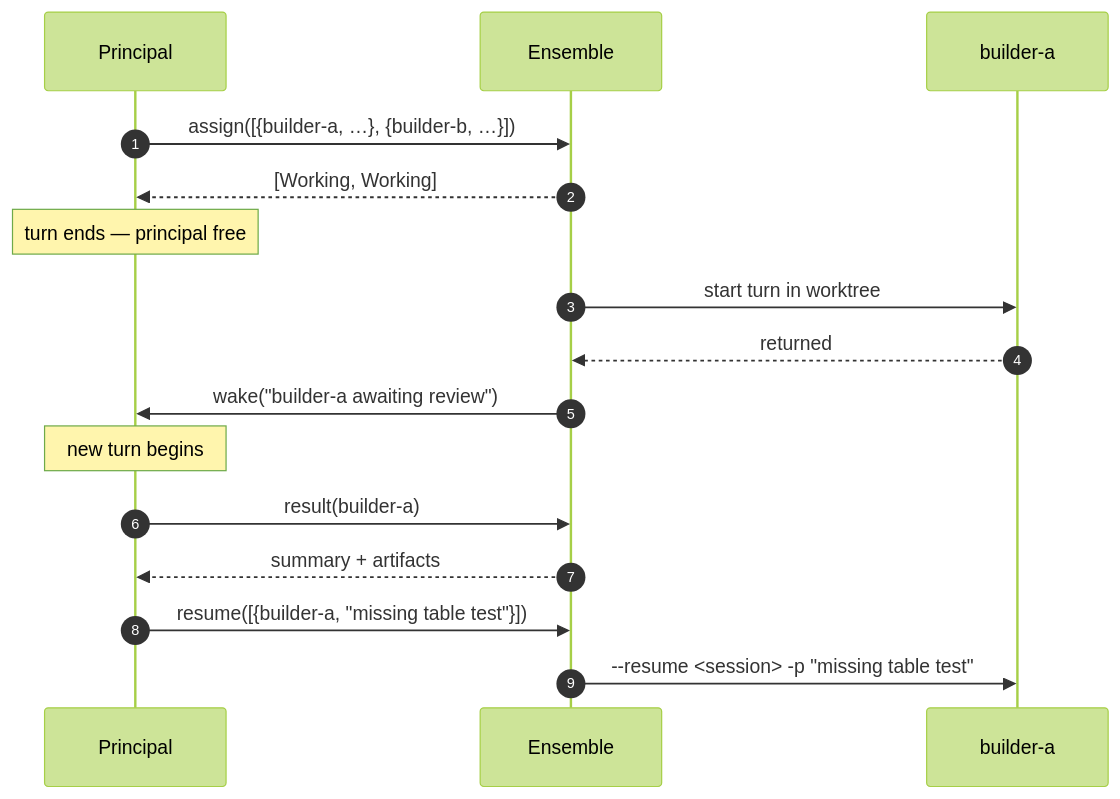
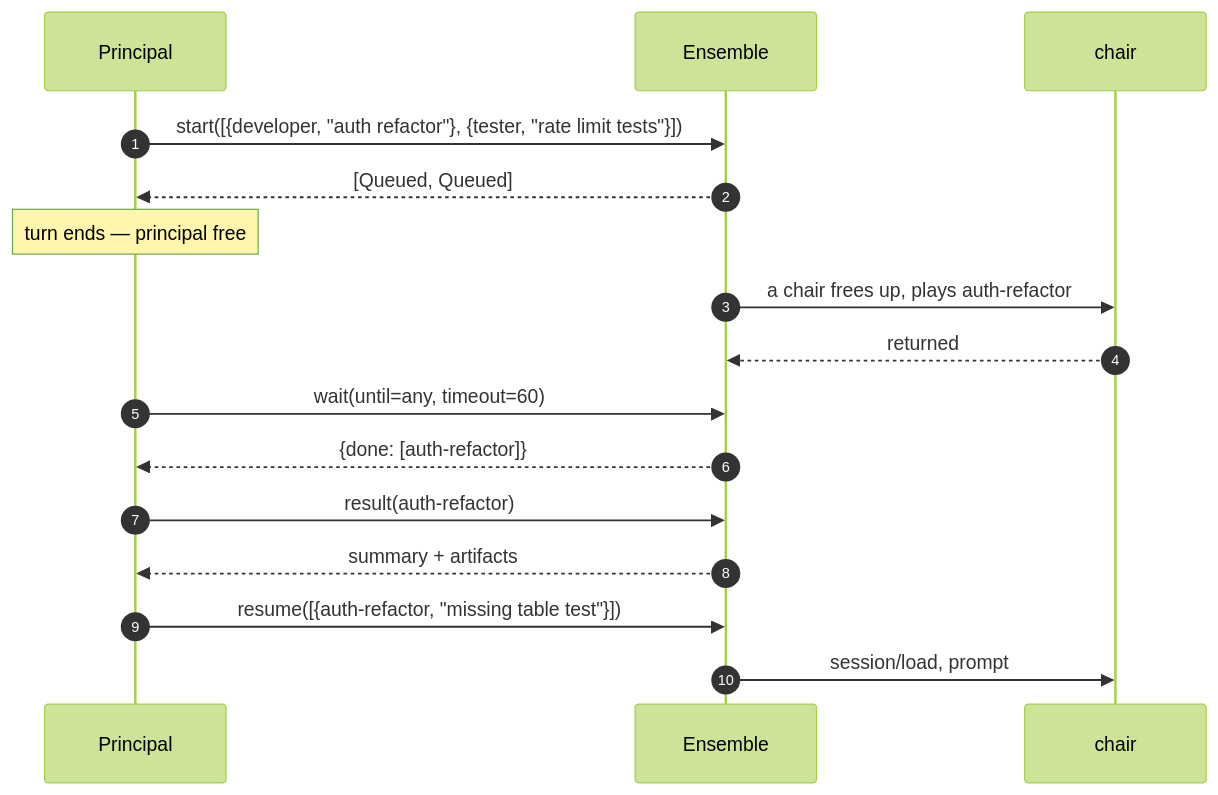
One commit to noclearreaction/symphony-maestro changed the fourth of 6 diagrams in docs/ensemble/README.md. Above: the diagram before and after it, drawn with Mermaid (forest theme). The commit also changed other lines of this file and 1 other file, not shown here.

First line of the commit message:
docs(ensemble): parts carry context, personas are configuration

````diff
--- a/docs/ensemble/README.md
+++ b/docs/ensemble/README.md
@@ -554,18 +474,18 @@
 ```mermaid
 sequenceDiagram
   autonumber
   participant O as Principal
-  participant P as Ensemble
-  participant B as builder-a
-  O->>P: assign([{builder-a, …}, {builder-b, …}])
-  P-->>O: [Working, Working]
+  participant E as Ensemble
+  participant C as chair
+  O->>E: start([{developer, "auth refactor"}, {tester, "rate limit tests"}])
+  E-->>O: [Queued, Queued]
   Note over O: turn ends — principal free
-  P->>B: start turn in worktree
-  B-->>P: returned
-  P->>O: wake("builder-a awaiting review")
-  Note over O: new turn begins
-  O->>P: result(builder-a)
-  P-->>O: summary + artifacts
-  O->>P: resume([{builder-a, "missing table test"}])
-  P->>B: --resume <session> -p "missing table test"
+  E->>C: a chair frees up, plays auth-refactor
+  C-->>E: returned
+  O->>E: wait(until=any, timeout=60)
+  E-->>O: {done: [auth-refactor]}
+  O->>E: result(auth-refactor)
+  E-->>O: summary + artifacts
+  O->>E: resume([{auth-refactor, "missing table test"}])
+  E->>C: session/load, prompt
 ```
````
